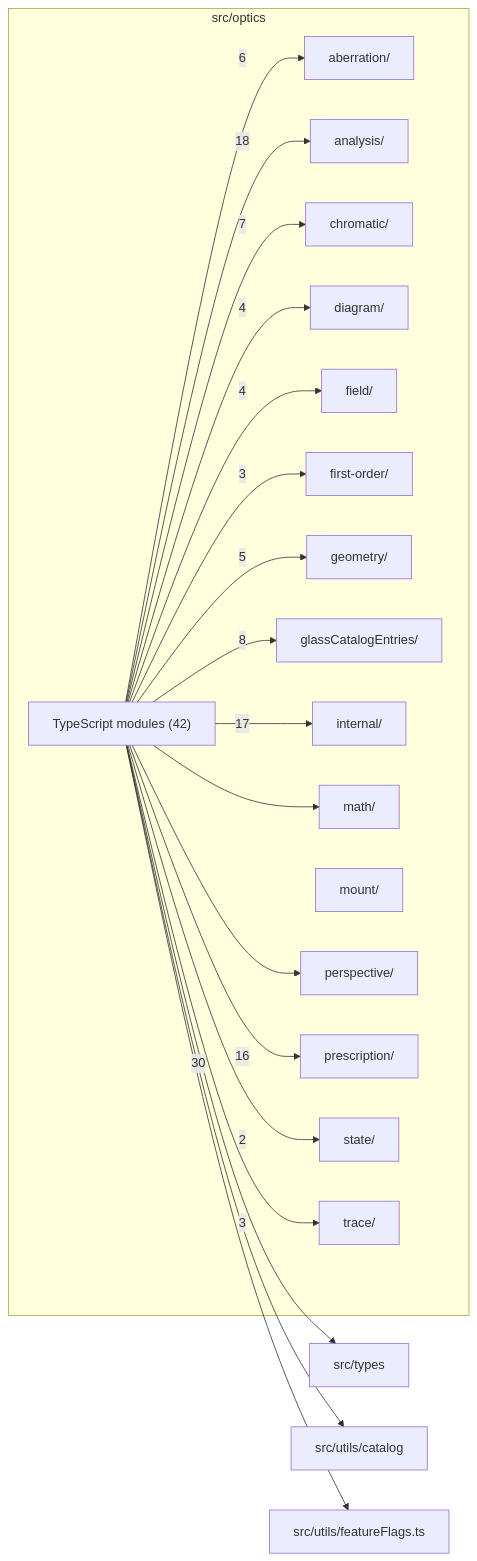
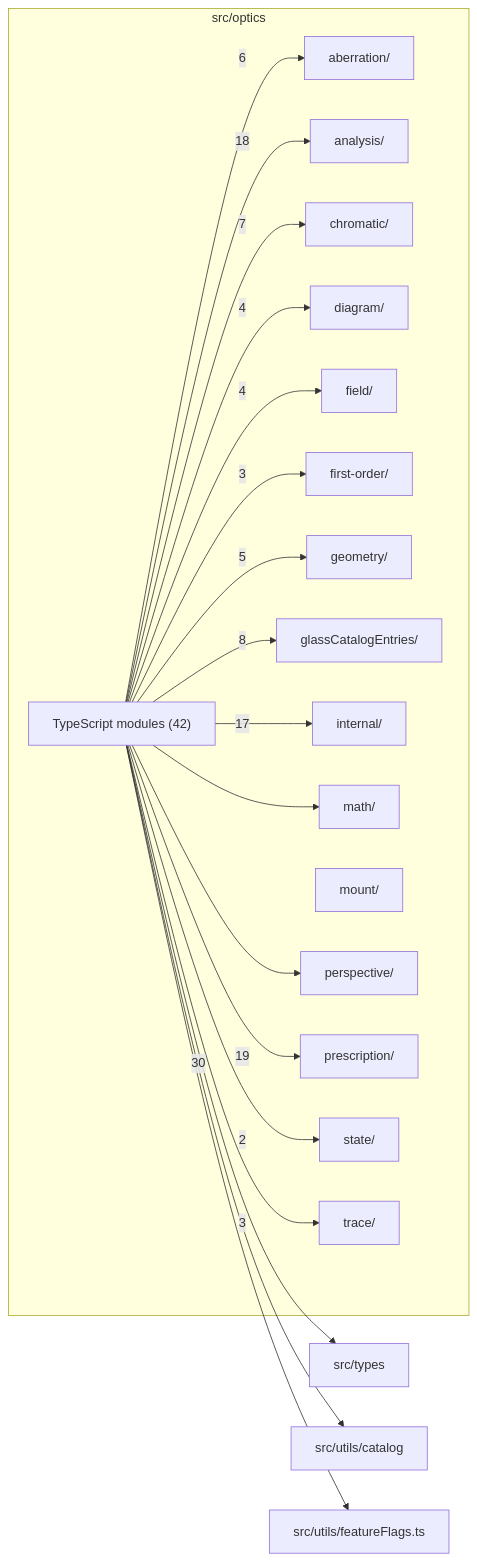
Before and after one commit to ronbuening/LensVisualizer: the diagram in src/optics/readme.md, drawn with Mermaid. The commit also changed other lines of this file and 31 other files, not shown here.

````diff
--- a/src/optics/readme.md
+++ b/src/optics/readme.md
@@ -9,41 +9,41 @@
 ```mermaid
 flowchart LR
   subgraph n_src_optics["src/optics"]
     n_src_optics_src_optics_aberration["aberration/"]
     n_src_optics_src_optics_analysis["analysis/"]
     n_src_optics_src_optics_chromatic["chromatic/"]
     n_src_optics_src_optics_diagram["diagram/"]
     n_src_optics_src_optics_field["field/"]
     n_src_optics_src_optics_first_order["first-order/"]
     n_src_optics_src_optics_geometry["geometry/"]
     n_src_optics_src_optics_glassCatalogEntries["glassCatalogEntries/"]
     n_src_optics_src_optics_internal["internal/"]
     n_src_optics_src_optics_math["math/"]
     n_src_optics_src_optics_mount["mount/"]
     n_src_optics_src_optics_perspective["perspective/"]
     n_src_optics_src_optics_prescription["prescription/"]
     n_src_optics_src_optics_state["state/"]
     n_src_optics_src_optics_trace["trace/"]
     n_src_optics_TypeScript_modules["TypeScript modules (42)"]
   end
   n_external_src_types["src/types"]
   n_external_src_utils_catalog["src/utils/catalog"]
   n_external_src_utils_featureFlags_ts["src/utils/featureFlags.ts"]
   n_src_optics_TypeScript_modules --> |30| n_external_src_types
+  n_src_optics_TypeScript_modules --> |19| n_src_optics_src_optics_prescription
   n_src_optics_TypeScript_modules --> |18| n_src_optics_src_optics_analysis
   n_src_optics_TypeScript_modules --> |17| n_src_optics_src_optics_internal
-  n_src_optics_TypeScript_modules --> |16| n_src_optics_src_optics_prescription
   n_src_optics_TypeScript_modules --> |8| n_src_optics_src_optics_glassCatalogEntries
   n_src_optics_TypeScript_modules --> |7| n_src_optics_src_optics_chromatic
   n_src_optics_TypeScript_modules --> |6| n_src_optics_src_optics_aberration
   n_src_optics_TypeScript_modules --> |5| n_src_optics_src_optics_geometry
   n_src_optics_TypeScript_modules --> |4| n_src_optics_src_optics_diagram
   n_src_optics_TypeScript_modules --> |4| n_src_optics_src_optics_field
   n_src_optics_TypeScript_modules --> |3| n_src_optics_src_optics_first_order
   n_src_optics_TypeScript_modules --> |3| n_src_optics_src_optics_trace
   n_src_optics_TypeScript_modules --> |2| n_src_optics_src_optics_state
   n_src_optics_TypeScript_modules --> n_external_src_utils_catalog
   n_src_optics_TypeScript_modules --> n_external_src_utils_featureFlags_ts
   n_src_optics_TypeScript_modules --> n_src_optics_src_optics_math
   n_src_optics_TypeScript_modules --> n_src_optics_src_optics_perspective
 ```
````
